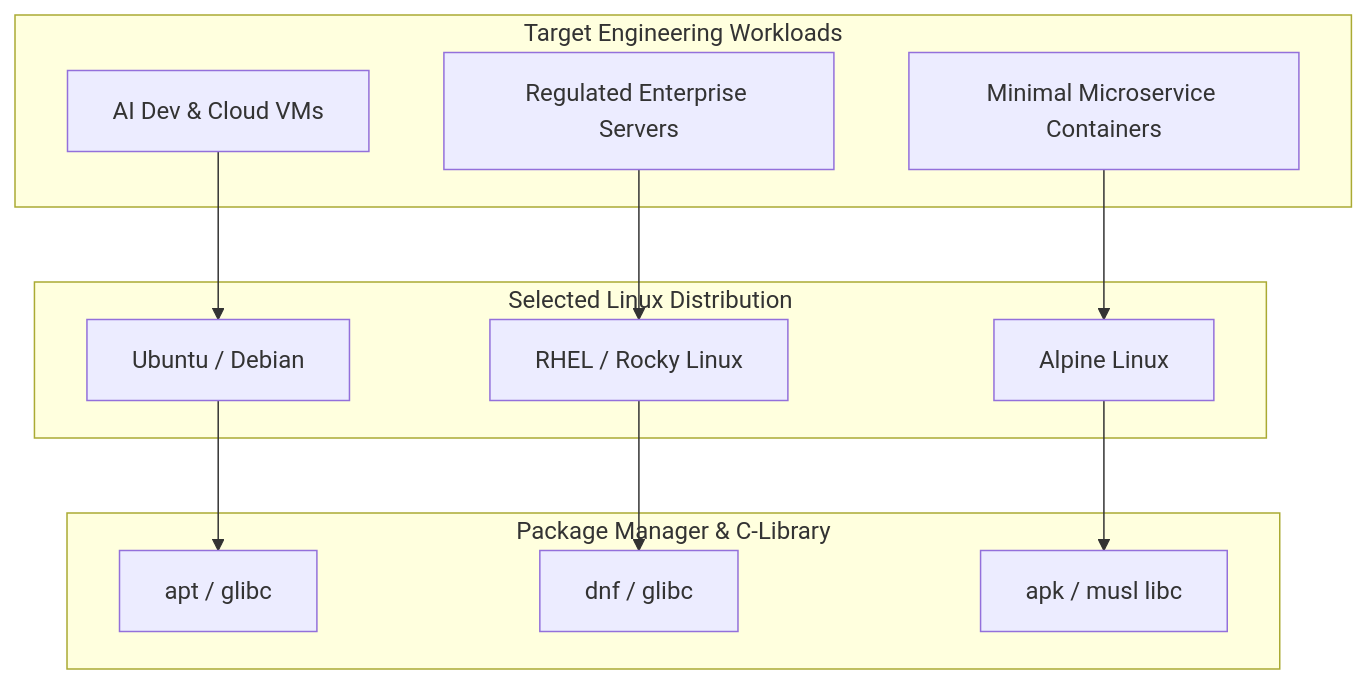
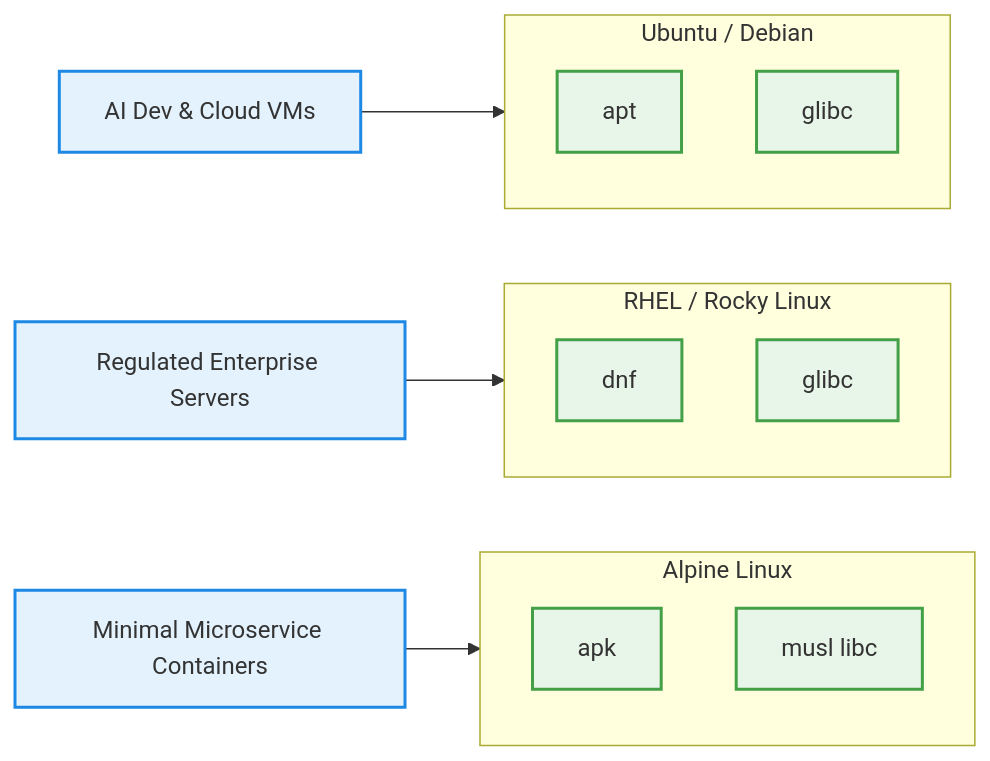
One commit to aloysiuspattath/platform-engineering-ai-course changed the diagram in courses/platform-engineering/modules/module-01/lesson-03.md. Above: the diagram before and after it, drawn with Mermaid. The commit also changed 114 other files, not shown here.

Commit message:
refactor: massive swarm diagram review enforcing architectural layers and strict color palette

````diff
--- a/courses/platform-engineering/modules/module-01/lesson-03.md
+++ b/courses/platform-engineering/modules/module-01/lesson-03.md
@@ -91,28 +91,24 @@
 ```mermaid
-flowchart TD
-    subgraph UseCases [Target Engineering Workloads]
-        UC_DEV[AI Dev & Cloud VMs]
-        UC_ENT[Regulated Enterprise Servers]
-        UC_CONT[Minimal Microservice Containers]
+flowchart LR
+    classDef distro fill:#e3f2fd,stroke:#1e88e5,stroke-width:2px;
+    classDef component fill:#e8f5e9,stroke:#43a047,stroke-width:2px;
+
+    subgraph Ubuntu [Ubuntu / Debian]
+        APT[apt]:::component
+        GLIBC1[glibc]:::component
     end
 
-    subgraph Distros [Selected Linux Distribution]
-        D_UBUNTU[Ubuntu / Debian]
-        D_RHEL[RHEL / Rocky Linux]
-        D_ALPINE[Alpine Linux]
+    subgraph RHEL [RHEL / Rocky Linux]
+        DNF[dnf]:::component
+        GLIBC2[glibc]:::component
     end
 
-    subgraph Packages [Package Manager & C-Library]
-        P_APT[apt / glibc]
-        P_DNF[dnf / glibc]
-        P_APK[apk / musl libc]
+    subgraph Alpine [Alpine Linux]
+        APK[apk]:::component
+        MUSL[musl libc]:::component
     end
 
-    UC_DEV --> D_UBUNTU
-    UC_ENT --> D_RHEL
-    UC_CONT --> D_ALPINE
-
-    D_UBUNTU --> P_APT
-    D_RHEL --> P_DNF
-    D_ALPINE --> P_APK
+    UC_DEV[AI Dev & Cloud VMs]:::distro --> Ubuntu
+    UC_ENT[Regulated Enterprise Servers]:::distro --> RHEL
+    UC_CONT[Minimal Microservice Containers]:::distro --> Alpine
 ```
````
